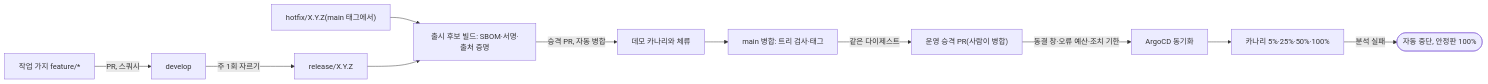
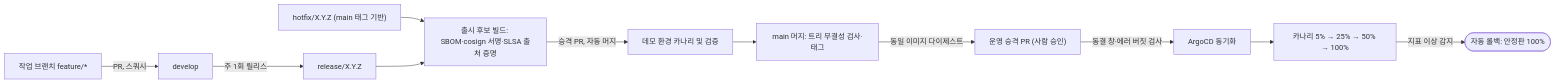
The diagram in docs/walkthrough/fields/20-infra-devops.md (peaket/peaket), drawn with Mermaid before and after one commit. The commit also changed other lines of this file and 77 other files, not shown here.

````diff
--- a/docs/walkthrough/fields/20-infra-devops.md
+++ b/docs/walkthrough/fields/20-infra-devops.md
@@ -118,13 +28,13 @@
 ```mermaid
 flowchart LR
-    W["작업 가지 feature/*"] -->|"PR, 스쿼시"| D["develop"]
-    D -->|"주 1회 자르기"| R["release/X.Y.Z"]
-    H["hotfix/X.Y.Z(main 태그에서)"] --> B
-    R --> B["출시 후보 빌드: SBOM·서명·출처 증명"]
-    B -->|"승격 PR, 자동 병합"| DEMO["데모 카나리와 체류"]
-    DEMO --> M["main 병합: 트리 검사·태그"]
-    M -->|"같은 다이제스트"| P["운영 승격 PR(사람이 병합)"]
-    P -->|"동결 창·오류 예산·조치 기한"| A["ArgoCD 동기화"]
-    A --> C["카나리 5%·25%·50%·100%"]
-    C -->|"분석 실패"| AB(["자동 중단, 안정판 100%"])
+    W["작업 브랜치 feature/*"] -->|"PR, 스쿼시"| D["develop"]
+    D -->|"주 1회 릴리스"| R["release/X.Y.Z"]
+    H["hotfix/X.Y.Z (main 태그 기반)"] --> B
+    R --> B["출시 후보 빌드: SBOM·cosign 서명·SLSA 출처 증명"]
+    B -->|"승격 PR, 자동 머지"| DEMO["데모 환경 카나리 및 검증"]
+    DEMO --> M["main 머지: 트리 무결성 검사·태그"]
+    M -->|"동일 이미지 다이제스트"| P["운영 승격 PR (사람 승인)"]
+    P -->|"동결 창·에러 버짓 검사"| A["ArgoCD 동기화"]
+    A --> C["카나리 5% → 25% → 50% → 100%"]
+    C -->|"지표 이상 감지"| AB(["자동 롤백: 안정판 100%"])
 ```
````
